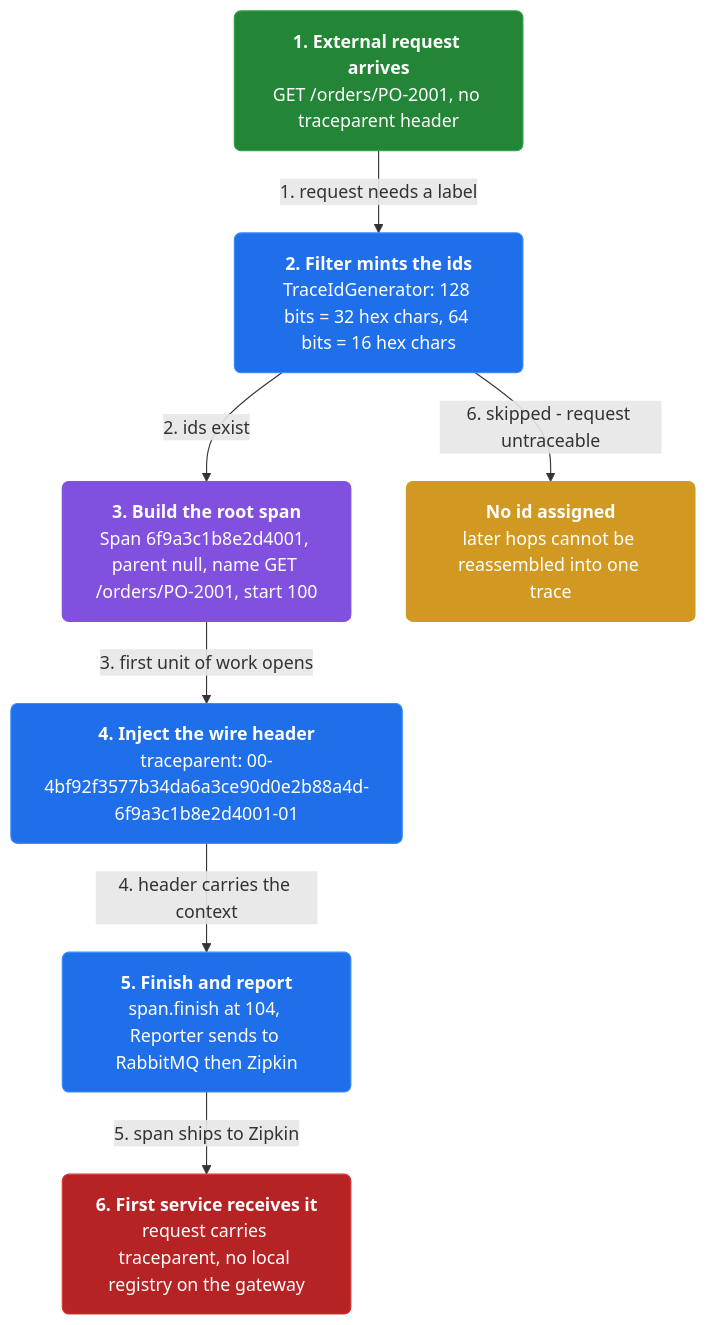
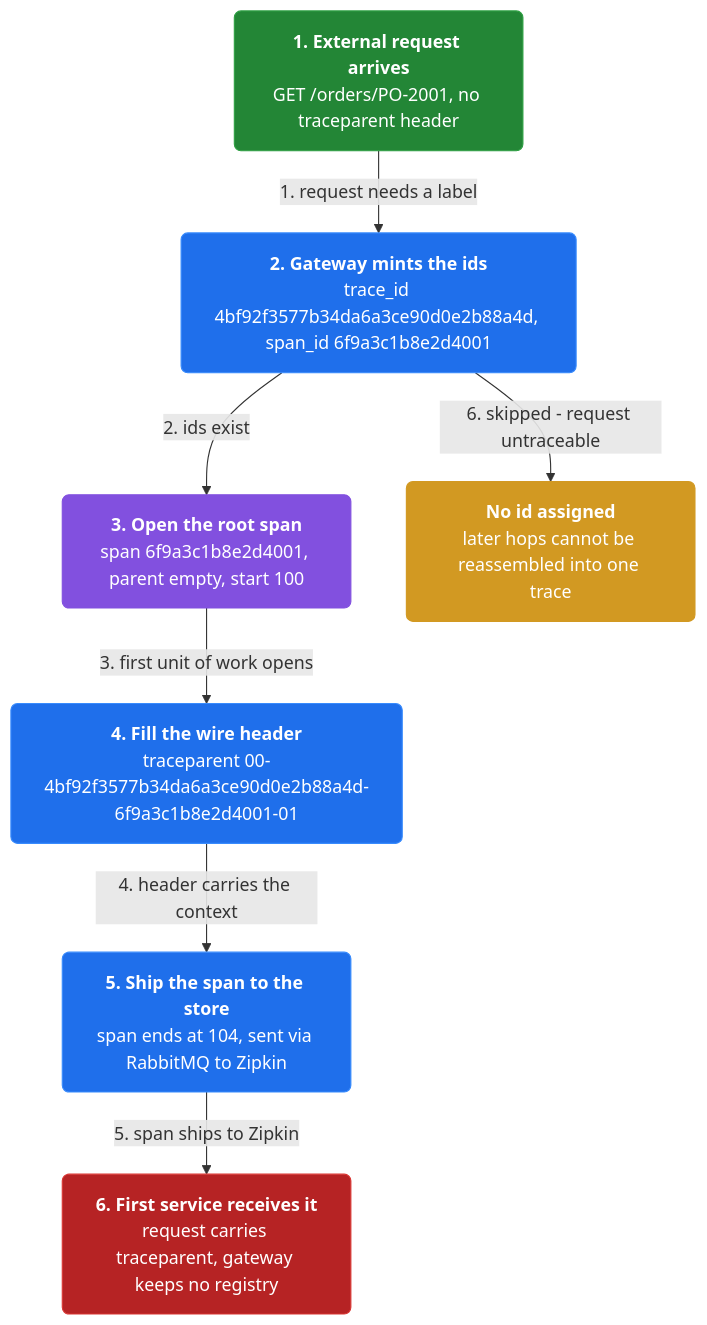
The first of 9 diagrams in docs/ch33-distributed-tracing.md (vinayakuber/microservices-io-study-guide), drawn with Mermaid before and after one commit. The commit also changed other lines of this file and 14 other files, not shown here.

````diff
--- a/docs/ch33-distributed-tracing.md
+++ b/docs/ch33-distributed-tracing.md
@@ -13,21 +13,21 @@
 ```mermaid
 flowchart TD
   classDef step fill:#1f6feb,color:#ffffff,stroke:#388bfd,rx:6
   classDef core fill:#8250df,color:#ffffff,stroke:#8250df,rx:6
   classDef warn fill:#d29922,color:#ffffff,stroke:#d29922,rx:6
   classDef start fill:#238636,color:#ffffff,stroke:#2ea043,rx:6
   classDef stop fill:#b62324,color:#ffffff,stroke:#da3633,rx:6
   n0["<b>1. External request arrives</b><br/>GET /orders/PO-2001, no traceparent header"]:::start
-  n1["<b>2. Filter mints the ids</b><br/>TraceIdGenerator: 128 bits = 32 hex chars, 64 bits = 16 hex chars"]:::step
-  n2["<b>3. Build the root span</b><br/>Span 6f9a3c1b8e2d4001, parent null, name GET /orders/PO-2001, start 100"]:::core
-  n3["<b>4. Inject the wire header</b><br/>traceparent: 00-4bf92f3577b34da6a3ce90d0e2b88a4d-6f9a3c1b8e2d4001-01"]:::step
-  n4["<b>5. Finish and report</b><br/>span.finish at 104, Reporter sends to RabbitMQ then Zipkin"]:::step
-  n5["<b>6. First service receives it</b><br/>request carries traceparent, no local registry on the gateway"]:::stop
+  n1["<b>2. Gateway mints the ids</b><br/>trace_id 4bf92f3577b34da6a3ce90d0e2b88a4d, span_id 6f9a3c1b8e2d4001"]:::step
+  n2["<b>3. Open the root span</b><br/>span 6f9a3c1b8e2d4001, parent empty, start 100"]:::core
+  n3["<b>4. Fill the wire header</b><br/>traceparent 00-4bf92f3577b34da6a3ce90d0e2b88a4d-6f9a3c1b8e2d4001-01"]:::step
+  n4["<b>5. Ship the span to the store</b><br/>span ends at 104, sent via RabbitMQ to Zipkin"]:::step
+  n5["<b>6. First service receives it</b><br/>request carries traceparent, gateway keeps no registry"]:::stop
   n6["<b>No id assigned</b><br/>later hops cannot be reassembled into one trace"]:::warn
   n0 -->|"1. request needs a label"| n1
   n1 -->|"2. ids exist"| n2
   n2 -->|"3. first unit of work opens"| n3
   n3 -->|"4. header carries the context"| n4
   n4 -->|"5. span ships to Zipkin"| n5
   n1 -->|"6. skipped - request untraceable"| n6
 ```
````
